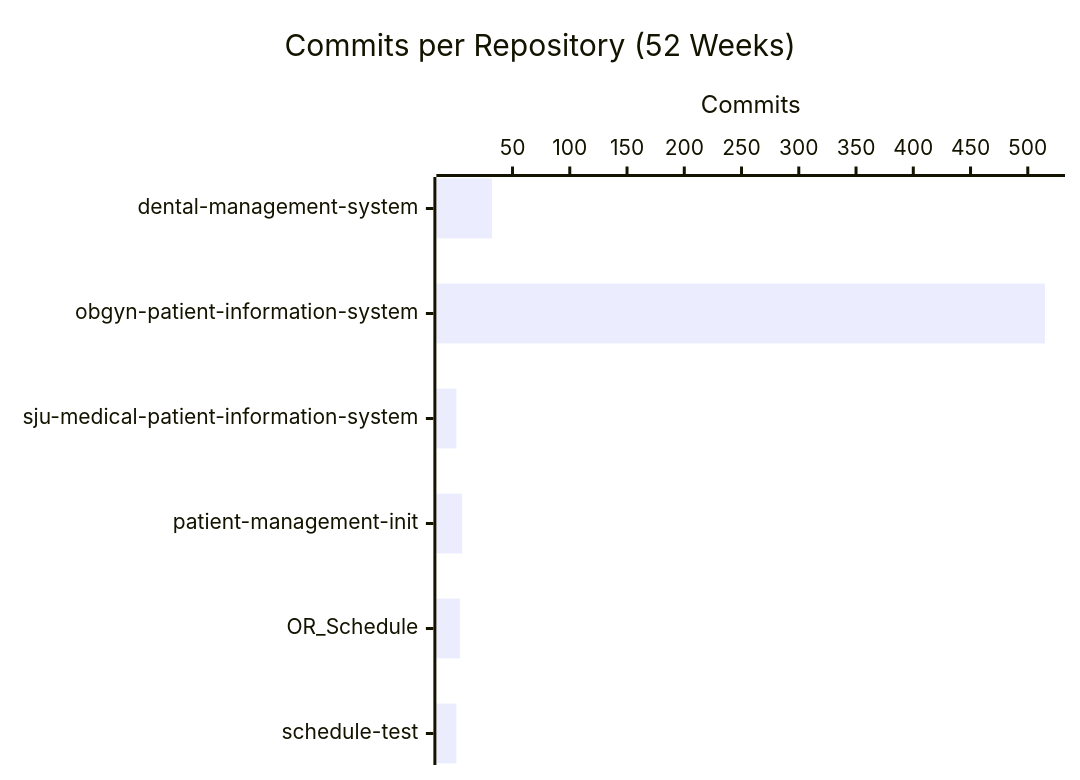
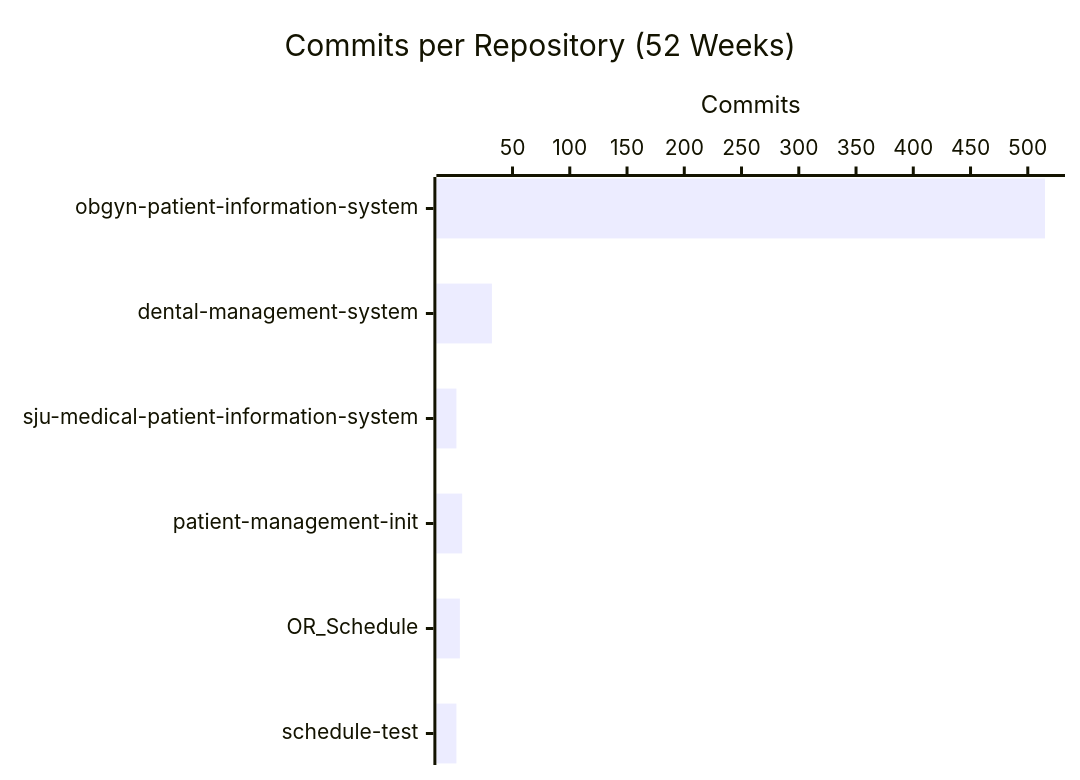
One commit to CSTH-Projects/.github changed the second of 4 diagrams in profile/README.md. Above: the diagram before and after it, drawn with Mermaid. The commit also changed other lines of this file, not shown here.

````diff
--- a/profile/README.md
+++ b/profile/README.md
@@ -24,7 +24,7 @@
 ```mermaid
 xychart-beta horizontal
     title "Commits per Repository (52 Weeks)"
-    x-axis ["dental-management-system", "obgyn-patient-information-system", "sju-medical-patient-information-system", "patient-management-init", "OR_Schedule", "schedule-test"]
+    x-axis ["obgyn-patient-information-system", "dental-management-system", "sju-medical-patient-information-system", "patient-management-init", "OR_Schedule", "schedule-test"]
     y-axis "Commits"
-    bar [32, 515, 1, 6, 4, 1]
+    bar [515, 32, 1, 6, 4, 1]
 ```
````
